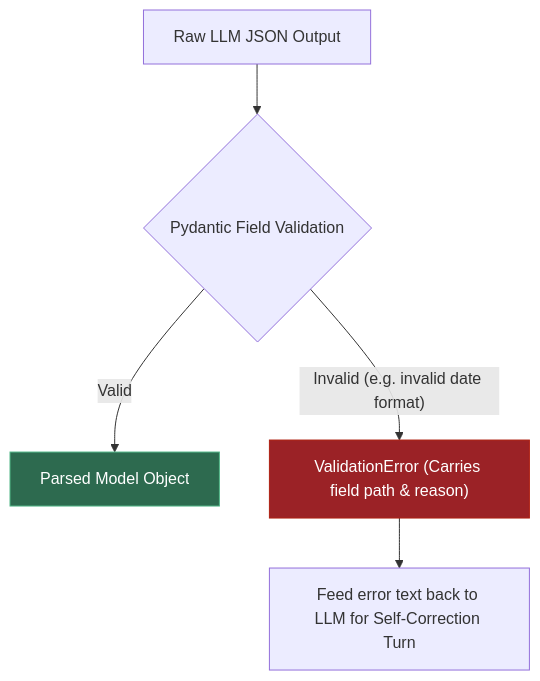
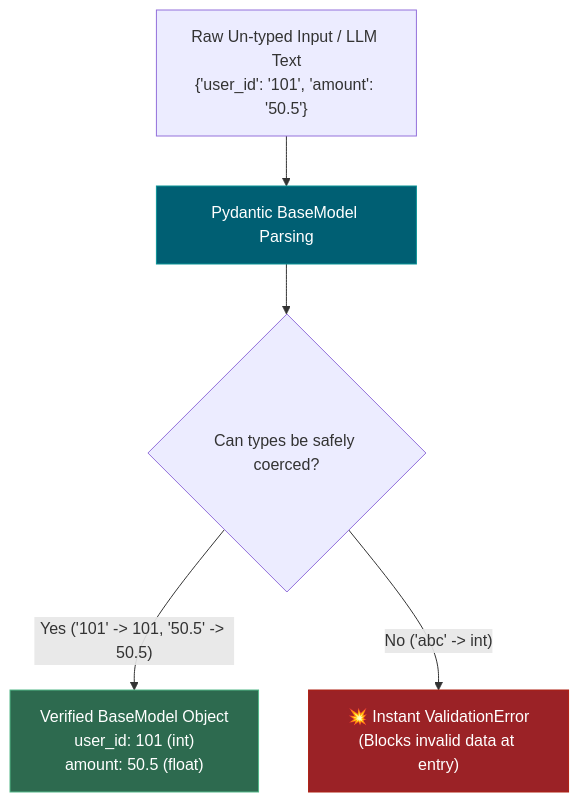
The eighth of 13 diagrams in course-path/phase-0-engineering-foundations/03_async_typehints_pydantic.md (madhankumar-chiluveri/ai-ml-course), drawn with Mermaid before and after one commit. The commit also changed other lines of this file and 1 other file, not shown here.

Commit message:
added pydantic explanation

````diff
--- a/course-path/phase-0-engineering-foundations/03_async_typehints_pydantic.md
+++ b/course-path/phase-0-engineering-foundations/03_async_typehints_pydantic.md
@@ -363,10 +610,13 @@
 ```mermaid
 flowchart TD
-    IN["Raw LLM JSON Output"] --> VAL{"Pydantic Field Validation"}
-    VAL -->|"Valid"| SUCCESS["Parsed Model Object"]
-    VAL -->|"Invalid (e.g. invalid date format)"| ERR["ValidationError (Carries field path & reason)"]
-    ERR --> RETRY["Feed error text back to LLM for Self-Correction Turn"]
+    RAW["Raw Un-typed Input / LLM Text<br>{'user_id': '101', 'amount': '50.5'}"] --> PYD["Pydantic BaseModel Parsing"]
+    
+    PYD --> CHECK{"Can types be safely coerced?"}
+    
+    CHECK -->|"Yes ('101' -> 101, '50.5' -> 50.5)"| SUCCESS["Verified BaseModel Object<br>user_id: 101 (int)<br>amount: 50.5 (float)"]
+    CHECK -->|"No ('abc' -> int)"| ERR["💥 Instant ValidationError<br>(Blocks invalid data at entry)"]
 
     style ERR fill:#9b2226,stroke:#ae2012,color:#fff
     style SUCCESS fill:#2d6a4f,stroke:#52b788,color:#fff
+    style PYD fill:#005f73,stroke:#0a9396,color:#fff
 ```
````
